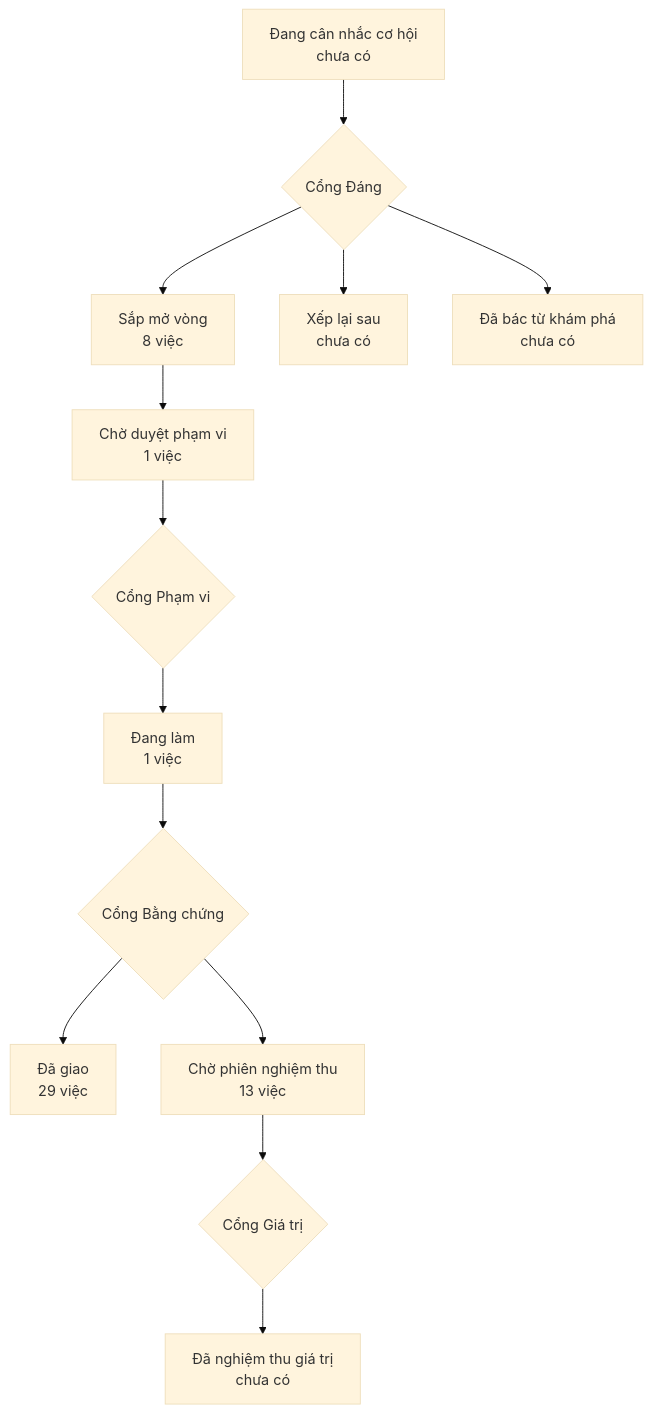
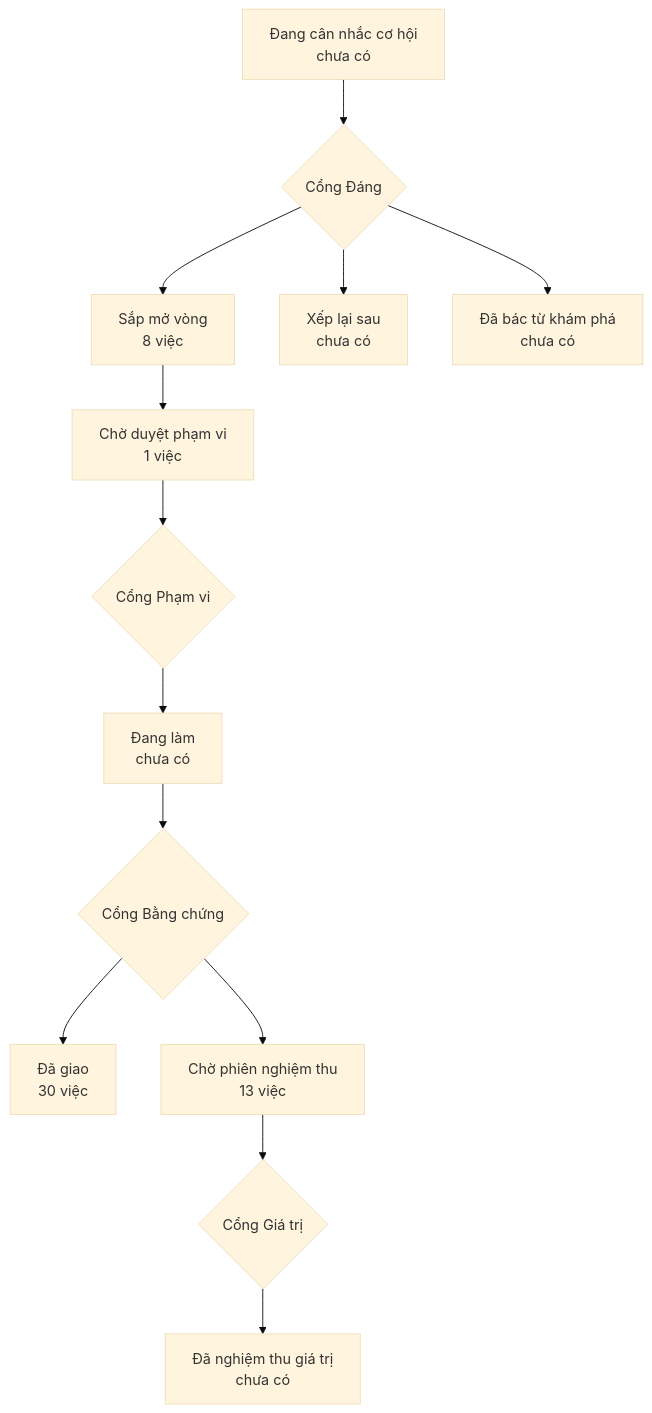
The diagram in PRODUCT-MAP.md (phanlemanh/onehub-invest), drawn with Mermaid (base theme) before and after one commit. The commit also changed other lines of this file and 4 other files, not shown here.

````diff
--- a/PRODUCT-MAP.md
+++ b/PRODUCT-MAP.md
@@ -7,12 +7,12 @@
 ```mermaid
 flowchart TD
   A["Đang cân nhắc cơ hội<br/>chưa có"] --> GD{"Cổng Đáng"}
   GD --> B["Sắp mở vòng<br/>8 việc"]
   GD --> XL["Xếp lại sau<br/>chưa có"]
   GD --> DB["Đã bác từ khám phá<br/>chưa có"]
   B --> CD["Chờ duyệt phạm vi<br/>1 việc"] --> GP{"Cổng Phạm vi"}
-  GP --> DL["Đang làm<br/>1 việc"] --> GB{"Cổng Bằng chứng"}
-  GB --> DG["Đã giao<br/>29 việc"]
+  GP --> DL["Đang làm<br/>chưa có"] --> GB{"Cổng Bằng chứng"}
+  GB --> DG["Đã giao<br/>30 việc"]
   GB --> CN["Chờ phiên nghiệm thu<br/>13 việc"] --> GG{"Cổng Giá trị"}
   GG --> NT["Đã nghiệm thu giá trị<br/>chưa có"]
 ```
````
